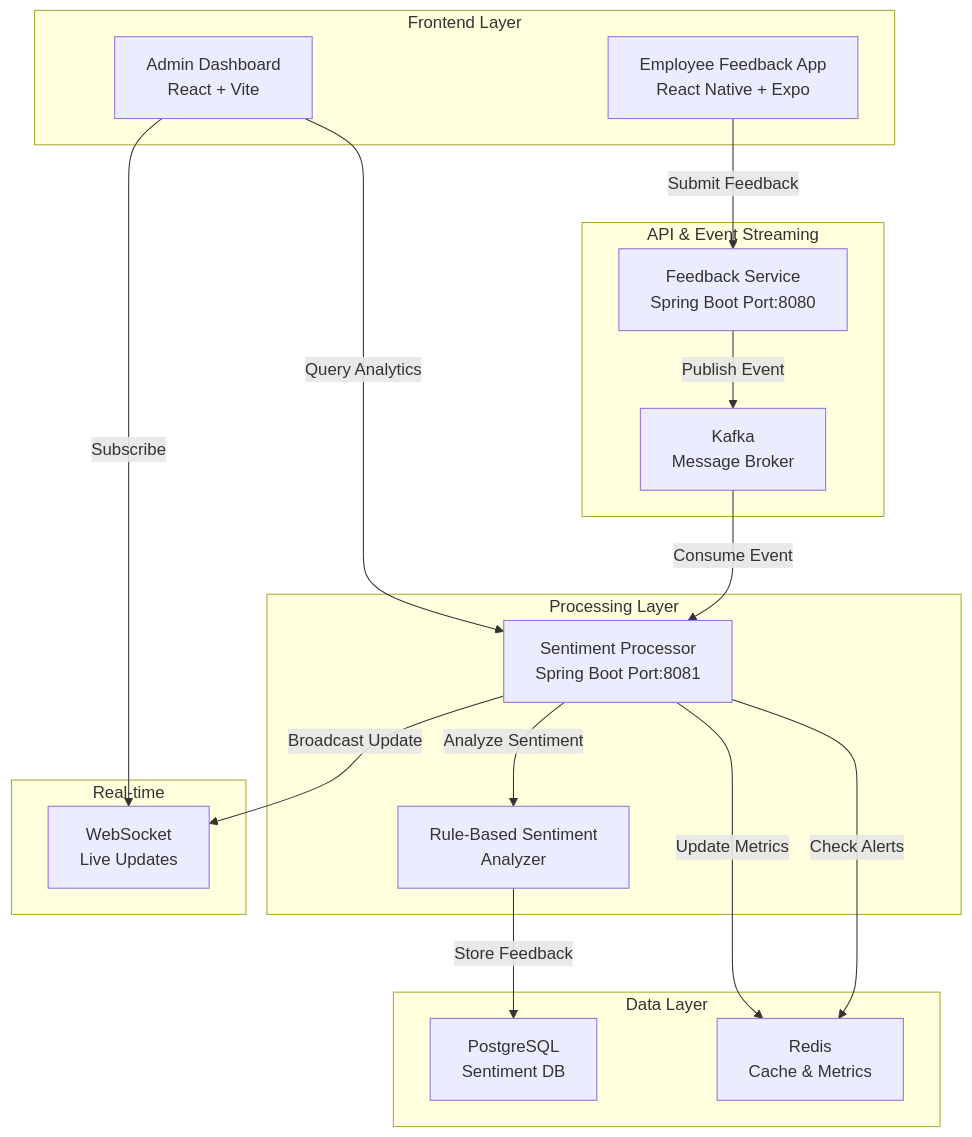
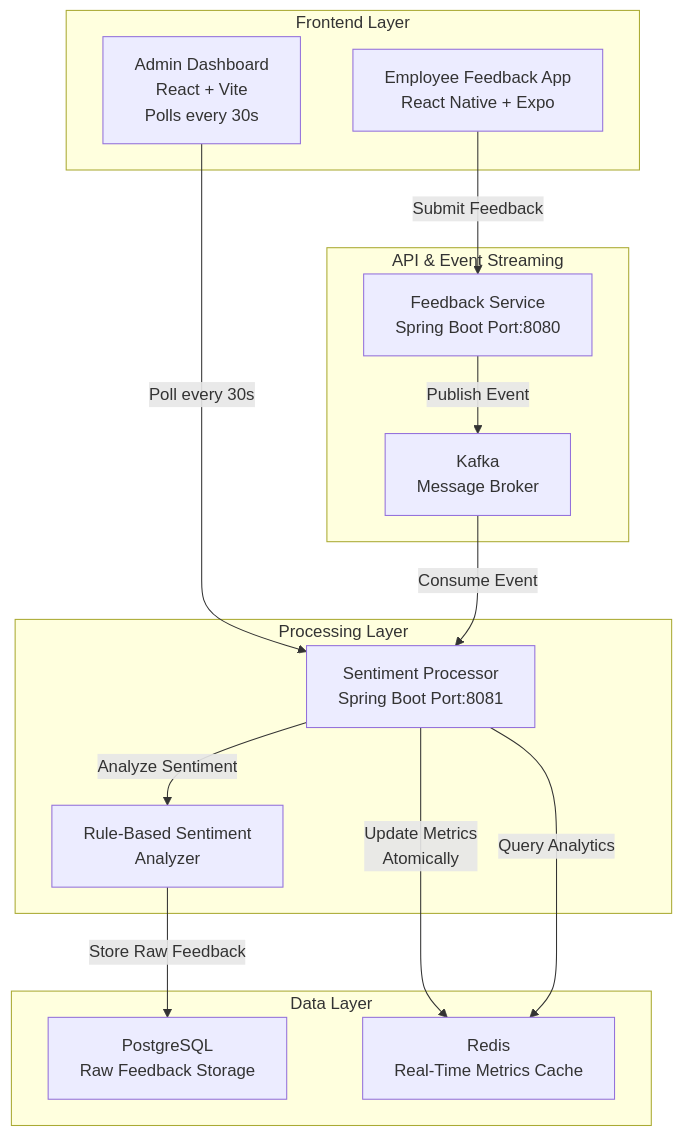
The first of 3 diagrams in README.md (DhananjayHirey/SentimentAnalysis-MoveInSync), drawn with Mermaid before and after one commit. The commit also changed other lines of this file, not shown here.

Commit message:
docs: Update README to clarify real-time sentiment analysis and dashboard performance improvements

````diff
--- a/README.md
+++ b/README.md
@@ -56,37 +56,31 @@
 ```mermaid
 graph TB
     subgraph "Frontend Layer"
         A["Employee Feedback App<br/>React Native + Expo"]
-        B["Admin Dashboard<br/>React + Vite"]
+        B["Admin Dashboard<br/>React + Vite<br/>Polls every 30s"]
     end
 
     subgraph "API & Event Streaming"
         C["Feedback Service<br/>Spring Boot Port:8080"]
         D["Kafka<br/>Message Broker"]
     end
 
     subgraph "Processing Layer"
         E["Sentiment Processor<br/>Spring Boot Port:8081"]
         F["Rule-Based Sentiment<br/>Analyzer"]
     end
 
     subgraph "Data Layer"
-        G["PostgreSQL<br/>Sentiment DB"]
-        H["Redis<br/>Cache & Metrics"]
-    end
-
-    subgraph "Real-time"
-        I["WebSocket<br/>Live Updates"]
+        G["PostgreSQL<br/>Raw Feedback Storage"]
+        H["Redis<br/>Real-Time Metrics Cache"]
     end
 
     A -->|Submit Feedback| C
-    B -->|Query Analytics| E
+    B -->|Poll every 30s| E
     C -->|Publish Event| D
     D -->|Consume Event| E
     E -->|Analyze Sentiment| F
-    F -->|Store Feedback| G
-    E -->|Update Metrics| H
-    E -->|Broadcast Update| I
-    B -->|Subscribe| I
-    E -->|Check Alerts| H
+    F -->|Store Raw Feedback| G
+    E -->|Update Metrics<br/>Atomically| H
+    E -->|Query Analytics| H
 ```
````
